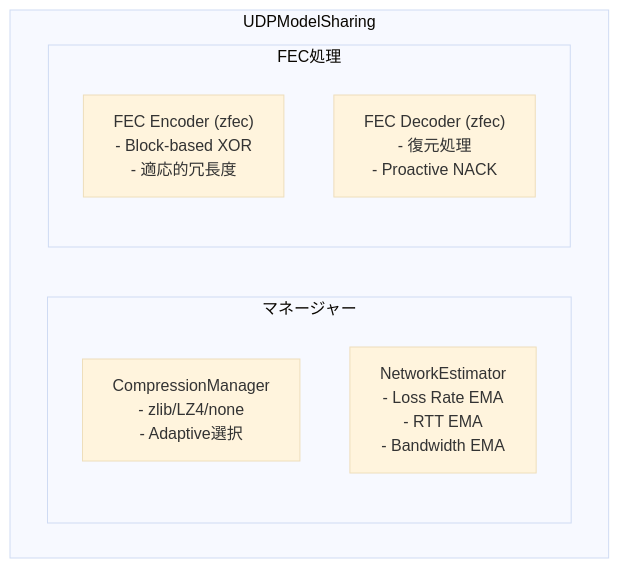
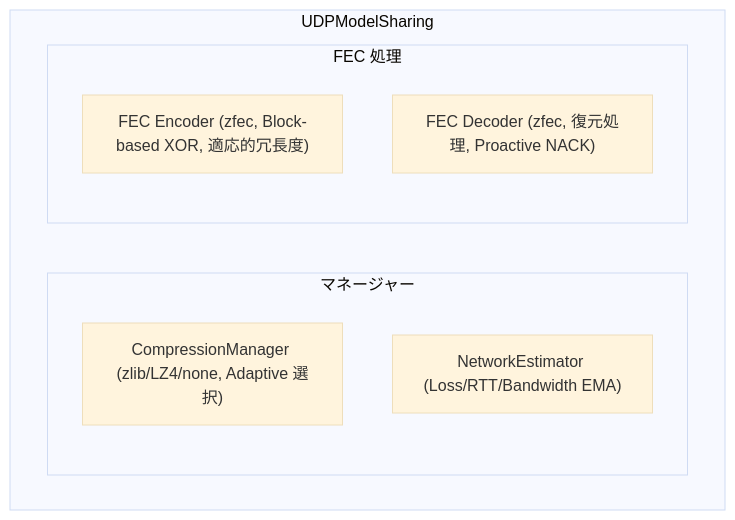
Before and after one commit to jo2lxq/wafl: the third of 5 diagrams in WAFL-Testbed/docs/protocol.md, drawn with Mermaid (base theme). The commit also changed other lines of this file and 19 other files, not shown here.

````diff
--- a/WAFL-Testbed/docs/protocol.md
+++ b/WAFL-Testbed/docs/protocol.md
@@ -97,14 +100,14 @@
 ```mermaid
 flowchart TB
     subgraph UDPModelSharing
         subgraph Managers["マネージャー"]
-            CM["CompressionManager<br/>- zlib/LZ4/none<br/>- Adaptive選択"]
-            NE["NetworkEstimator<br/>- Loss Rate EMA<br/>- RTT EMA<br/>- Bandwidth EMA"]
+            CM["CompressionManager (zlib/LZ4/none, Adaptive 選択)"]
+            NE["NetworkEstimator (Loss/RTT/Bandwidth EMA)"]
         end
         
-        subgraph FEC["FEC処理"]
-            Encoder["FEC Encoder (zfec)<br/>- Block-based XOR<br/>- 適応的冗長度"]
-            Decoder["FEC Decoder (zfec)<br/>- 復元処理<br/>- Proactive NACK"]
+        subgraph FEC["FEC 処理"]
+            Encoder["FEC Encoder (zfec, Block-based XOR, 適応的冗長度)"]
+            Decoder["FEC Decoder (zfec, 復元処理, Proactive NACK)"]
         end
     end
 ```
````
